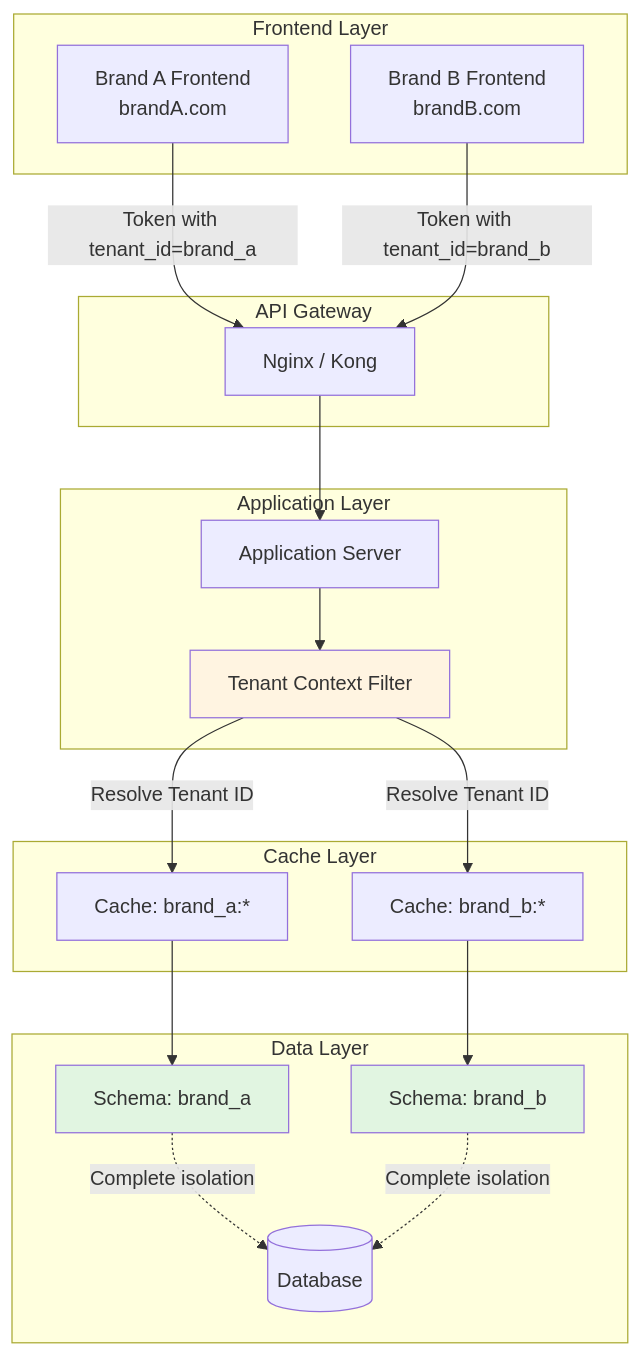
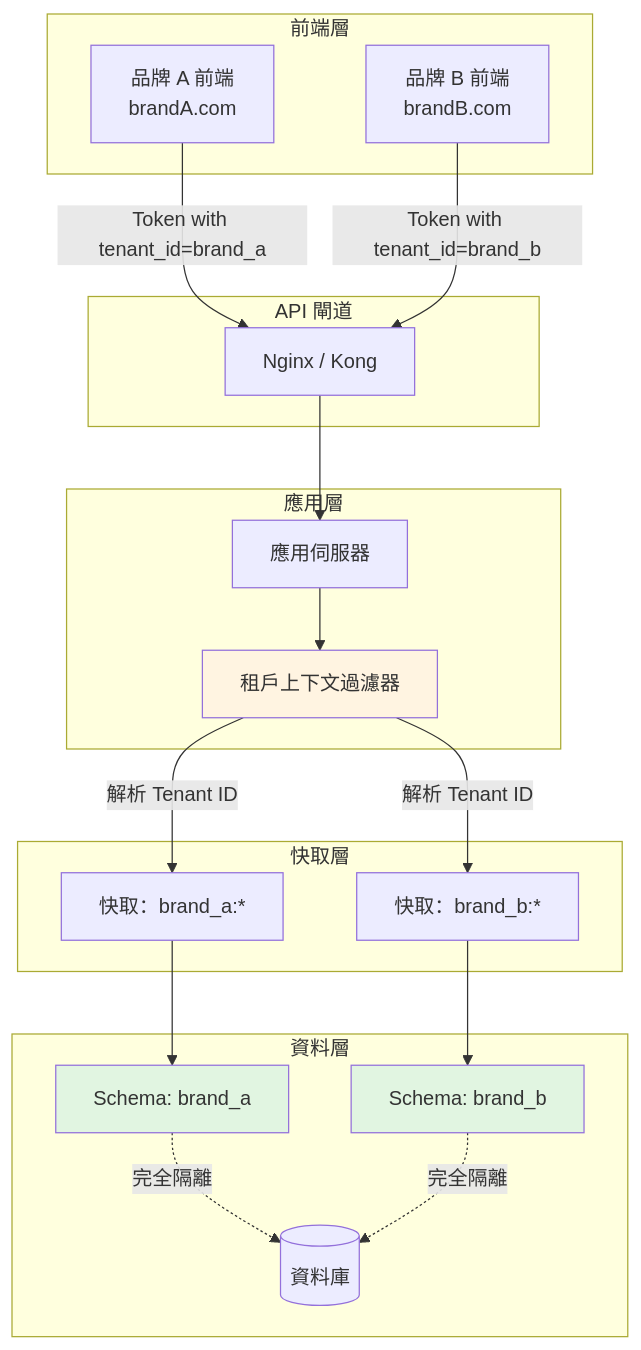
The sixth of 6 diagrams in docs/iGaming/requirements/01_Player_Experience/Business_Flows.md (ron03wlb/smart-admin), drawn with Mermaid before and after one commit. The commit also changed other lines of this file and 4 other files, not shown here.

````diff
--- a/docs/iGaming/requirements/01_Player_Experience/Business_Flows.md
+++ b/docs/iGaming/requirements/01_Player_Experience/Business_Flows.md
@@ -559,46 +559,46 @@
 ```mermaid
 flowchart TD
-    subgraph "Frontend Layer"
-        A1[Brand A Frontend<br/>brandA.com]
-        A2[Brand B Frontend<br/>brandB.com]
+    subgraph "前端層"
+        A1[品牌 A 前端<br/>brandA.com]
+        A2[品牌 B 前端<br/>brandB.com]
     end
 
-    subgraph "API Gateway"
+    subgraph "API 閘道"
         B[Nginx / Kong]
     end
 
-    subgraph "Application Layer"
-        C[Application Server]
-        D[Tenant Context Filter]
+    subgraph "應用層"
+        C[應用伺服器]
+        D[租戶上下文過濾器]
     end
 
-    subgraph "Cache Layer"
-        E1[Cache: brand_a:*]
-        E2[Cache: brand_b:*]
+    subgraph "快取層"
+        E1[快取：brand_a:*]
+        E2[快取：brand_b:*]
     end
 
-    subgraph "Data Layer"
-        F[(Database)]
+    subgraph "資料層"
+        F[(資料庫)]
         G[Schema: brand_a]
         H[Schema: brand_b]
     end
 
     A1 -->|Token with tenant_id=brand_a| B
     A2 -->|Token with tenant_id=brand_b| B
 
     B --> C
     C --> D
 
-    D -->|Resolve Tenant ID| E1
-    D -->|Resolve Tenant ID| E2
+    D -->|解析 Tenant ID| E1
+    D -->|解析 Tenant ID| E2
 
     E1 --> G
     E2 --> H
 
-    G -.->|Complete isolation| F
-    H -.->|Complete isolation| F
+    G -.->|完全隔離| F
+    H -.->|完全隔離| F
 
     style D fill:#fff4e1
     style G fill:#e1f5e1
     style H fill:#e1f5e1
 ```
````
